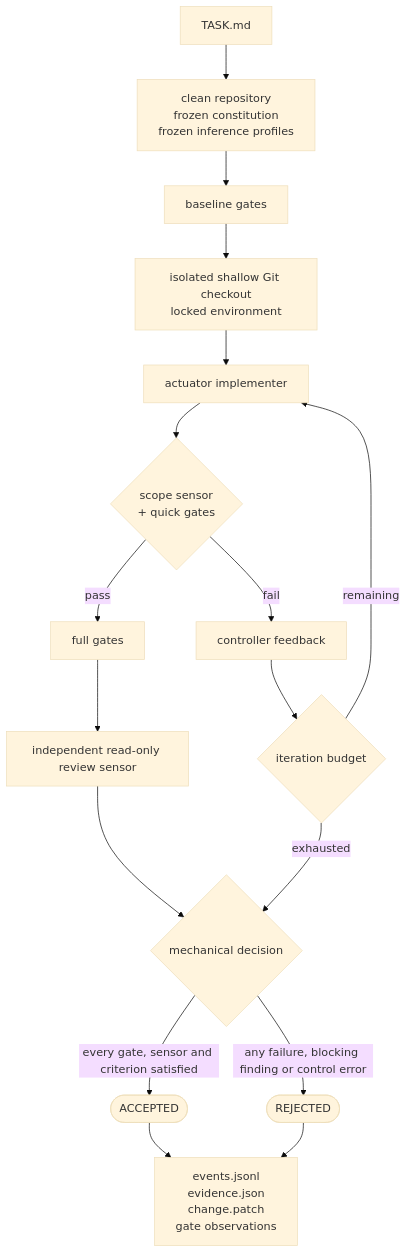
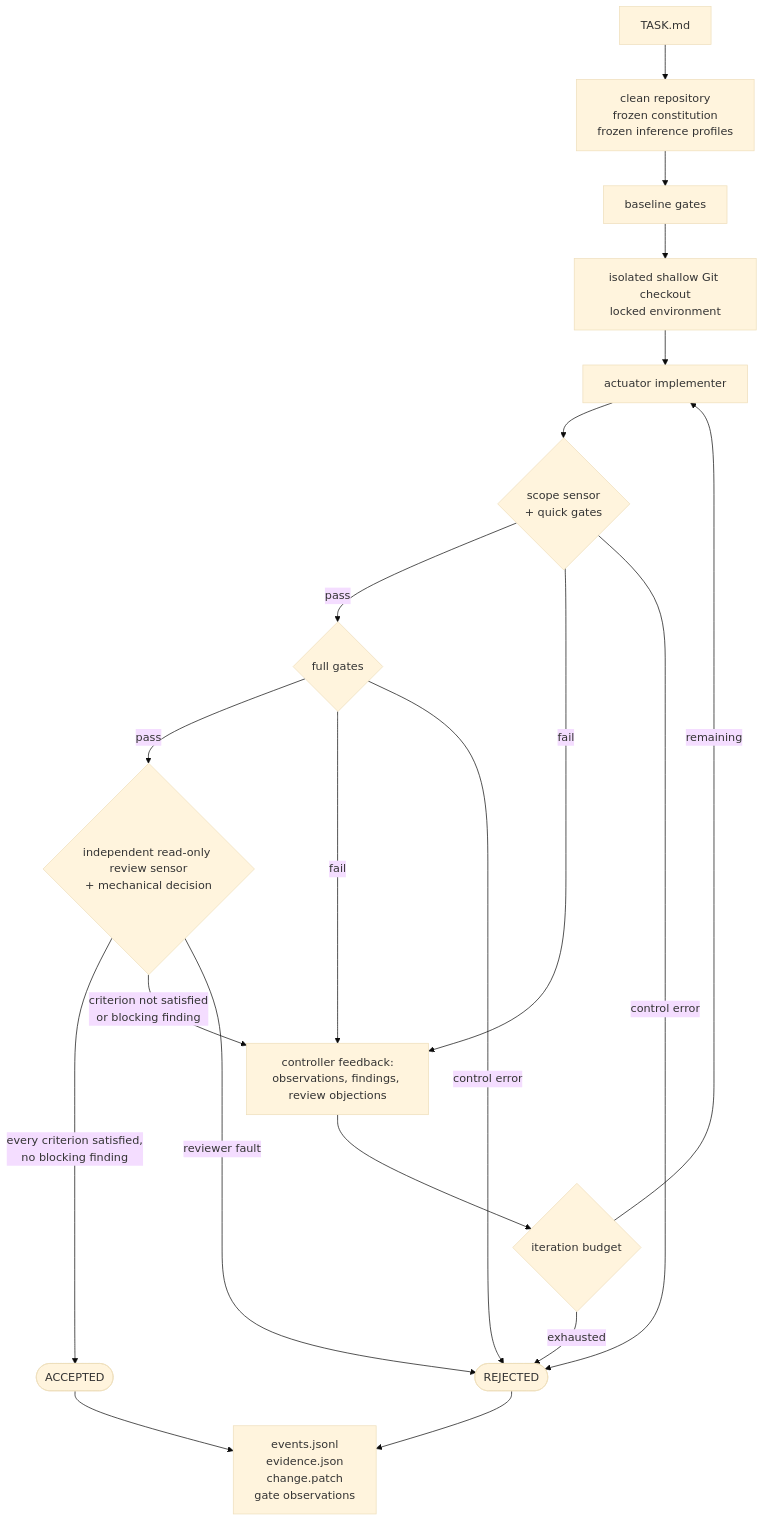
One commit to jeanjerome/codeservo changed the diagram in README.md. Above: the diagram before and after it, drawn with Mermaid (base theme). The commit also changed other lines of this file and 30 other files, not shown here.

Commit message:
feat: let the full gates and the review open another iteration instead of ending the run

````diff
--- a/README.md
+++ b/README.md
@@ -18,19 +18,22 @@
 ```mermaid
 flowchart TD
     task["TASK.md"] --> frozen["clean repository<br/>frozen constitution<br/>frozen inference profiles"]
     frozen --> baseline["baseline gates"]
     baseline --> checkout["isolated shallow Git checkout<br/>locked environment"]
     checkout --> implementer["actuator implementer"]
     implementer --> quick{"scope sensor<br/>+ quick gates"}
-    quick -- pass --> full["full gates"]
-    full --> review["independent read-only review sensor"]
-    review --> decision{"mechanical decision"}
-    decision -- every gate, sensor and criterion satisfied --> accepted(["ACCEPTED"])
-    decision -- any failure, blocking finding or control error --> rejected(["REJECTED"])
+    quick -- pass --> full{"full gates"}
+    full -- pass --> review{"independent read-only review sensor<br/>+ mechanical decision"}
+    review -- every criterion satisfied,<br/>no blocking finding --> accepted(["ACCEPTED"])
+    quick -- fail --> feedback["controller feedback:<br/>observations, findings, review objections"]
+    full -- fail --> feedback
+    review -- criterion not satisfied<br/>or blocking finding --> feedback
+    feedback --> budget{"iteration budget"}
+    budget -- remaining --> implementer
+    budget -- exhausted --> rejected(["REJECTED"])
+    quick -- control error --> rejected
+    full -- control error --> rejected
+    review -- reviewer fault --> rejected
     accepted --> record["events.jsonl<br/>evidence.json<br/>change.patch<br/>gate observations"]
     rejected --> record
-    quick -- fail --> feedback["controller feedback"]
-    feedback --> budget{"iteration budget"}
-    budget -- exhausted --> decision
-    budget -- remaining --> implementer
 ```
````
